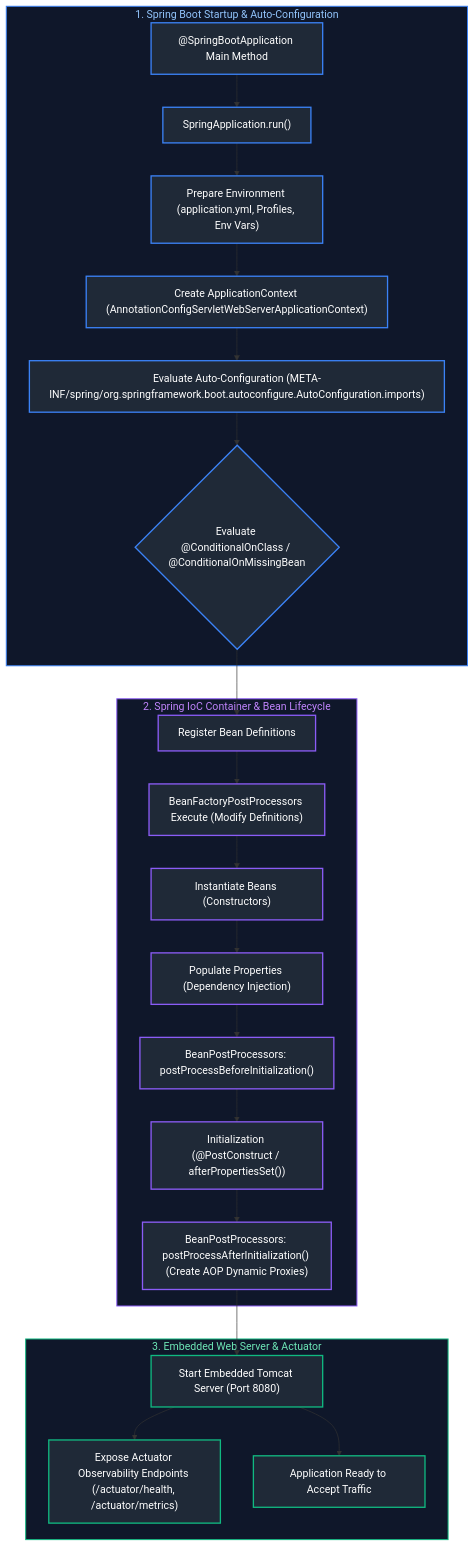
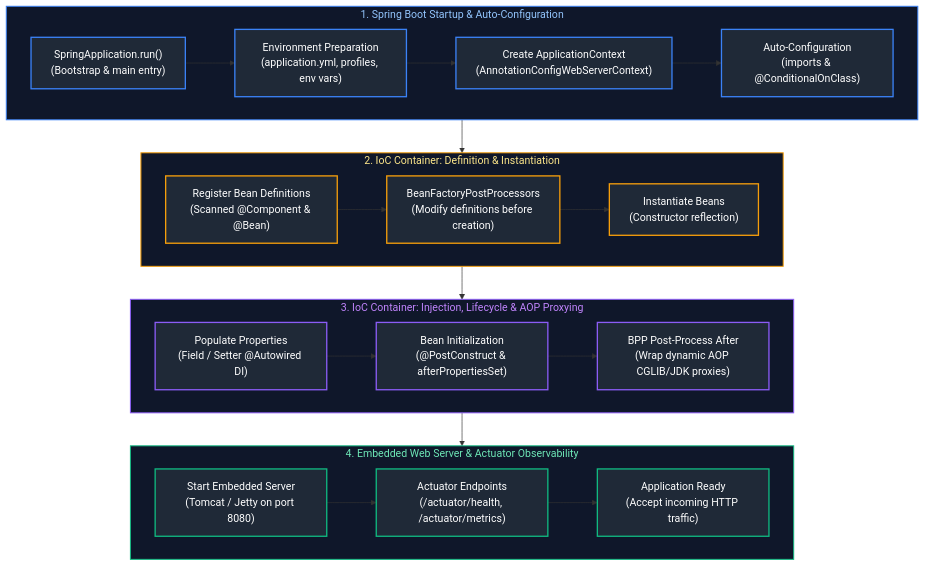
The first of 9 diagrams in Java Backend Engineering/07_spring_framework_spring_boot.md (joydeep-biswas/Interview-Preparation), drawn with Mermaid before and after one commit. The commit also changed other lines of this file and 76 other files, not shown here.

Commit message:
Updated Charts

````diff
--- a/Java Backend Engineering/07_spring_framework_spring_boot.md
+++ b/Java Backend Engineering/07_spring_framework_spring_boot.md
@@ -9,47 +9,48 @@
 ```mermaid
 flowchart TD
-    subgraph Spring_Boot_Bootstrap["1. Spring Boot Startup & Auto-Configuration"]
-        Main["@SpringBootApplication Main Method"] --> SpringApplication["SpringApplication.run()"]
-        SpringApplication --> Env["Prepare Environment (application.yml, Profiles, Env Vars)"]
-        Env --> ContextCreate["Create ApplicationContext (AnnotationConfigServletWebServerApplicationContext)"]
-        ContextCreate --> AutoConfig["Evaluate Auto-Configuration (META-INF/spring/org.springframework.boot.autoconfigure.AutoConfiguration.imports)"]
-        AutoConfig --> ConditionEval{"Evaluate @ConditionalOnClass / @ConditionalOnMissingBean"}
+    subgraph Stage1 ["1. Spring Boot Startup & Auto-Configuration"]
+        direction LR
+        Main["SpringApplication.run()<br/>(Bootstrap & main entry)"] --> Env["Environment Preparation<br/>(application.yml, profiles, env vars)"] --> Ctx["Create ApplicationContext<br/>(AnnotationConfigWebServerContext)"] --> AutoCfg["Auto-Configuration<br/>(imports & @ConditionalOnClass)"]
     end
 
-    subgraph Spring_IoC_Container["2. Spring IoC Container & Bean Lifecycle"]
-        ConditionEval --> BeanDefs["Register Bean Definitions"]
-        BeanDefs --> BFPP["BeanFactoryPostProcessors Execute (Modify Definitions)"]
-        BFPP --> Instantiate["Instantiate Beans (Constructors)"]
-        Instantiate --> Populate["Populate Properties (Dependency Injection)"]
-        Populate --> BPP_Before["BeanPostProcessors: postProcessBeforeInitialization()"]
-        BPP_Before --> Init["Initialization (@PostConstruct / afterPropertiesSet())"]
-        Init --> BPP_After["BeanPostProcessors: postProcessAfterInitialization() (Create AOP Dynamic Proxies)"]
+    subgraph Stage2 ["2. IoC Container: Definition & Instantiation"]
+        direction LR
+        Defs["Register Bean Definitions<br/>(Scanned @Component & @Bean)"] --> BFPP["BeanFactoryPostProcessors<br/>(Modify definitions before creation)"] --> Instantiate["Instantiate Beans<br/>(Constructor reflection)"]
     end
 
-    subgraph Runtime_Server["3. Embedded Web Server & Actuator"]
-        BPP_After --> Tomcat["Start Embedded Tomcat Server (Port 8080)"]
-        Tomcat --> Actuator["Expose Actuator Observability Endpoints (/actuator/health, /actuator/metrics)"]
-        Tomcat --> AppReady["Application Ready to Accept Traffic"]
+    subgraph Stage3 ["3. IoC Container: Injection, Lifecycle & AOP Proxying"]
+        direction LR
+        Populate["Populate Properties<br/>(Field / Setter @Autowired DI)"] --> Init["Bean Initialization<br/>(@PostConstruct & afterPropertiesSet)"] --> AOP["BPP Post-Process After<br/>(Wrap dynamic AOP CGLIB/JDK proxies)"]
     end
 
-    style Spring_Boot_Bootstrap fill:#0f172a,stroke:#3b82f6,stroke-width:1.5px,color:#93c5fd
-    style Spring_IoC_Container fill:#0f172a,stroke:#8b5cf6,stroke-width:1.5px,color:#c084fc
-    style Runtime_Server fill:#0f172a,stroke:#10b981,stroke-width:1.5px,color:#6ee7b7
+    subgraph Stage4 ["4. Embedded Web Server & Actuator Observability"]
+        direction LR
+        Tomcat["Start Embedded Server<br/>(Tomcat / Jetty on port 8080)"] --> Actuator["Actuator Endpoints<br/>(/actuator/health, /actuator/metrics)"] --> Ready["Application Ready<br/>(Accept incoming HTTP traffic)"]
+    end
+
+    Stage1 --> Stage2
+    Stage2 --> Stage3
+    Stage3 --> Stage4
+
+    style Stage1 fill:#0f172a,stroke:#3b82f6,stroke-width:1.5px,color:#93c5fd
+    style Stage2 fill:#0f172a,stroke:#f59e0b,stroke-width:1.5px,color:#fde68a
+    style Stage3 fill:#0f172a,stroke:#8b5cf6,stroke-width:1.5px,color:#c084fc
+    style Stage4 fill:#0f172a,stroke:#10b981,stroke-width:1.5px,color:#6ee7b7
 
     style Main fill:#1f2937,stroke:#3b82f6,stroke-width:2px,color:#fff
-    style SpringApplication fill:#1f2937,stroke:#3b82f6,stroke-width:2px,color:#fff
     style Env fill:#1f2937,stroke:#3b82f6,stroke-width:2px,color:#fff
-    style ContextCreate fill:#1f2937,stroke:#3b82f6,stroke-width:2px,color:#fff
-    style AutoConfig fill:#1f2937,stroke:#3b82f6,stroke-width:2px,color:#fff
-    style ConditionEval fill:#1f2937,stroke:#3b82f6,stroke-width:2px,color:#fff
-    style BeanDefs fill:#1f2937,stroke:#8b5cf6,stroke-width:2px,color:#fff
-    style BFPP fill:#1f2937,stroke:#8b5cf6,stroke-width:2px,color:#fff
-    style Instantiate fill:#1f2937,stroke:#8b5cf6,stroke-width:2px,color:#fff
+    style Ctx fill:#1f2937,stroke:#3b82f6,stroke-width:2px,color:#fff
+    style AutoCfg fill:#1f2937,stroke:#3b82f6,stroke-width:2px,color:#fff
+
+    style Defs fill:#1f2937,stroke:#f59e0b,stroke-width:2px,color:#fff
+    style BFPP fill:#1f2937,stroke:#f59e0b,stroke-width:2px,color:#fff
+    style Instantiate fill:#1f2937,stroke:#f59e0b,stroke-width:2px,color:#fff
+
     style Populate fill:#1f2937,stroke:#8b5cf6,stroke-width:2px,color:#fff
-    style BPP_Before fill:#1f2937,stroke:#8b5cf6,stroke-width:2px,color:#fff
     style Init fill:#1f2937,stroke:#8b5cf6,stroke-width:2px,color:#fff
-    style BPP_After fill:#1f2937,stroke:#8b5cf6,stroke-width:2px,color:#fff
+    style AOP fill:#1f2937,stroke:#8b5cf6,stroke-width:2px,color:#fff
+
     style Tomcat fill:#1f2937,stroke:#10b981,stroke-width:2px,color:#fff
     style Actuator fill:#1f2937,stroke:#10b981,stroke-width:2px,color:#fff
-    style AppReady fill:#1f2937,stroke:#10b981,stroke-width:2px,color:#fff
+    style Ready fill:#1f2937,stroke:#10b981,stroke-width:2px,color:#fff
 ```
````
